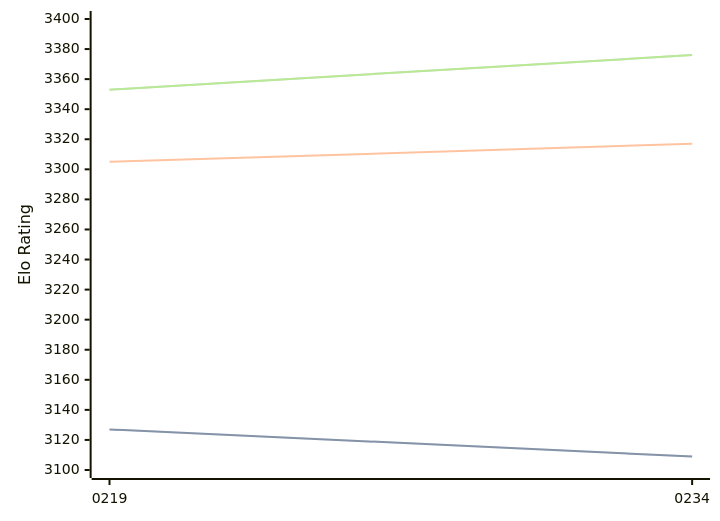
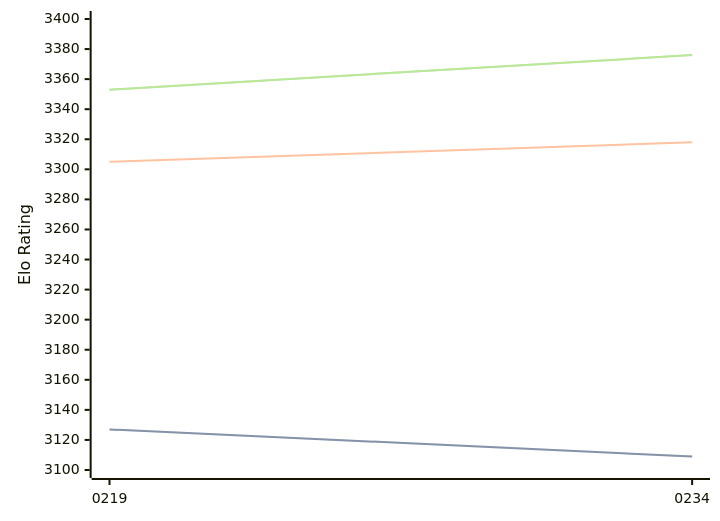
One commit to computer-chess-index/cci changed the first of 3 diagrams in engines/Ynode.md. Above: the diagram before and after it, drawn with Mermaid. The commit also changed other lines of this file, not shown here.

````diff
--- a/engines/Ynode.md
+++ b/engines/Ynode.md
@@ -39,11 +39,11 @@
 ```mermaid
 %%{init: {"theme":"base","themeVariables":{"seriesColors:['#a3a3a3','#222221','#faa371']}}}%%
 xychart-beta
   x-axis ["0219", "0234"]
   y-axis "Elo Rating" 3100 --> 3400
   line "STC (8.0+0.08s)" [3127, 3109]
   line "STC (8.0+0.08s)" [3127, 3109]
-  line "LTC (60.0+0.60s)" [3305, 3317]
+  line "LTC (60.0+0.60s)" [3305, 3318]
   line "VLTC (2m24s+1.12s)" [3353, 3376]
   line "VLTC (2m24s+1.12s)" [3353, 3376]
 ```
````
